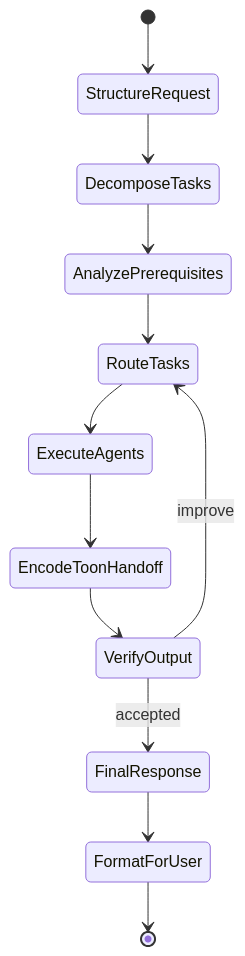
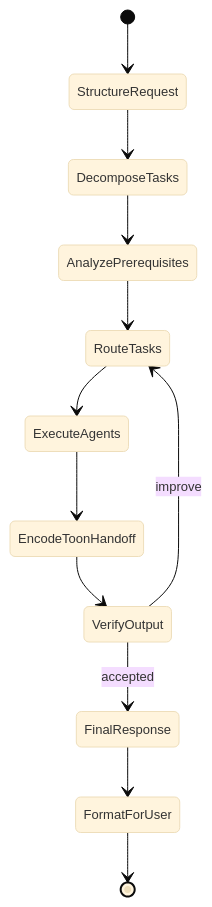
One commit to Hassaan146/agentic-ai-workflow changed the third of 10 diagrams in docs/diagrams.md. Above: the diagram before and after it, drawn with Mermaid. The commit also changed other lines of this file, not shown here.

Commit message:
Prevent PDF diagram clipping

````diff
--- a/docs/diagrams.md
+++ b/docs/diagrams.md
@@ -48,14 +88,15 @@
 ```mermaid
+%%{init: {'theme': 'base', 'themeVariables': {'fontSize': '13px'}}}%%
 stateDiagram-v2
     [*] --> StructureRequest
     StructureRequest --> DecomposeTasks
     DecomposeTasks --> AnalyzePrerequisites
     AnalyzePrerequisites --> RouteTasks
     RouteTasks --> ExecuteAgents
     ExecuteAgents --> EncodeToonHandoff
     EncodeToonHandoff --> VerifyOutput
     VerifyOutput --> RouteTasks : improve
     VerifyOutput --> FinalResponse : accepted
     FinalResponse --> FormatForUser
     FormatForUser --> [*]
 ```
````
